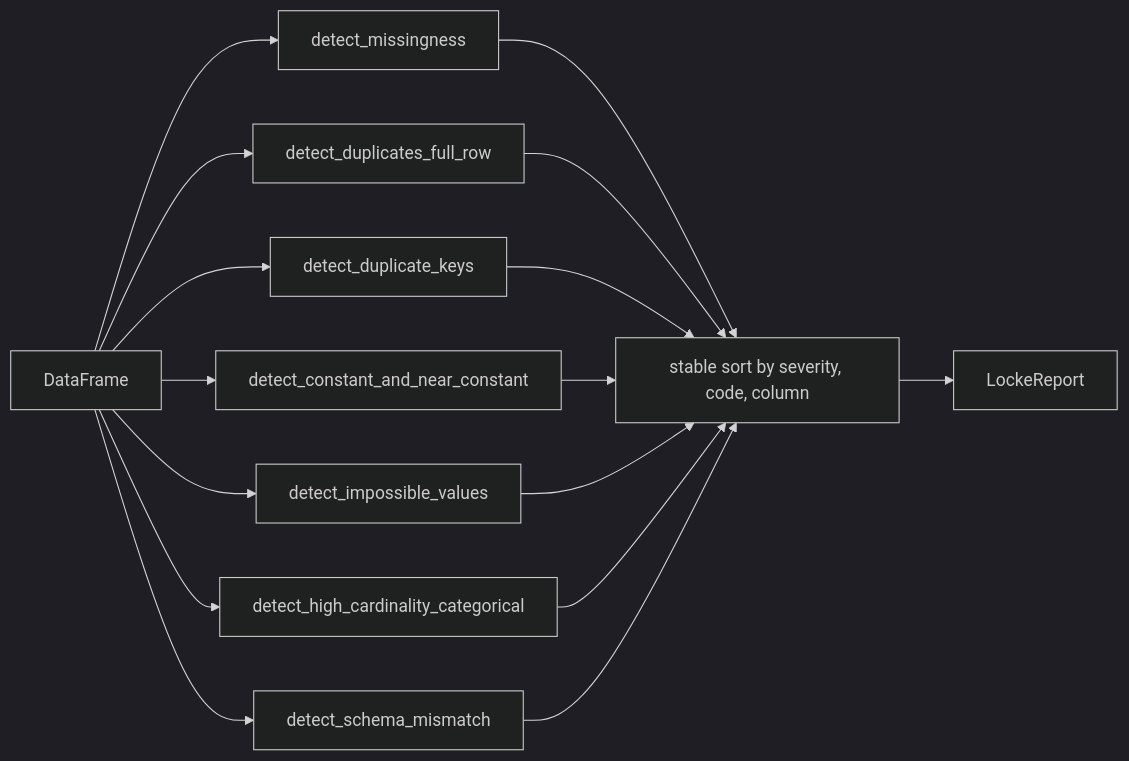
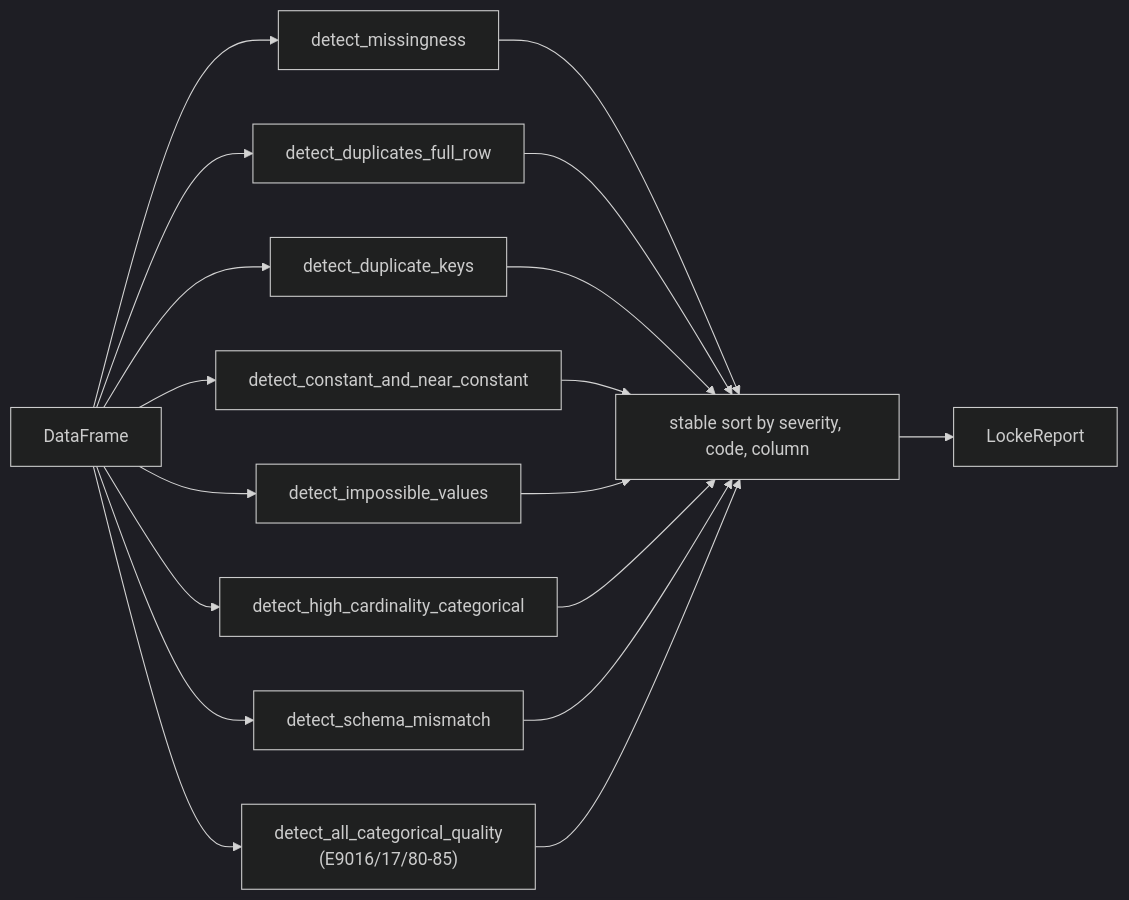
One commit to AdamEzzat1/CJC changed the second of 2 diagrams in CJC-Lang_Obsidian_Vault/07_Data_and_CLI/Locke/Locke Data Skepticism.md. Above: the diagram before and after it, drawn with Mermaid (dark theme). The commit also changed other lines of this file and 14 other files, not shown here.

First line of the commit message:
locke(v0.6 batch 1): categorical/string + Wasserstein + Mermaid + verify CLI

````diff
--- a/CJC-Lang_Obsidian_Vault/07_Data_and_CLI/Locke/Locke Data Skepticism.md
+++ b/CJC-Lang_Obsidian_Vault/07_Data_and_CLI/Locke/Locke Data Skepticism.md
@@ -38,12 +71,13 @@
 ```mermaid
 flowchart LR
   DF[DataFrame] --> M[detect_missingness]
   DF --> DR[detect_duplicates_full_row]
   DF --> DK[detect_duplicate_keys]
   DF --> C[detect_constant_and_near_constant]
   DF --> I[detect_impossible_values]
   DF --> HC[detect_high_cardinality_categorical]
   DF --> SC[detect_schema_mismatch]
-  M & DR & DK & C & I & HC & SC --> SORT[stable sort by severity, code, column]
+  DF --> CQ["detect_all_categorical_quality<br/>(E9016/17/80-85)"]
+  M & DR & DK & C & I & HC & SC & CQ --> SORT[stable sort by severity, code, column]
   SORT --> R[LockeReport]
 ```
````
